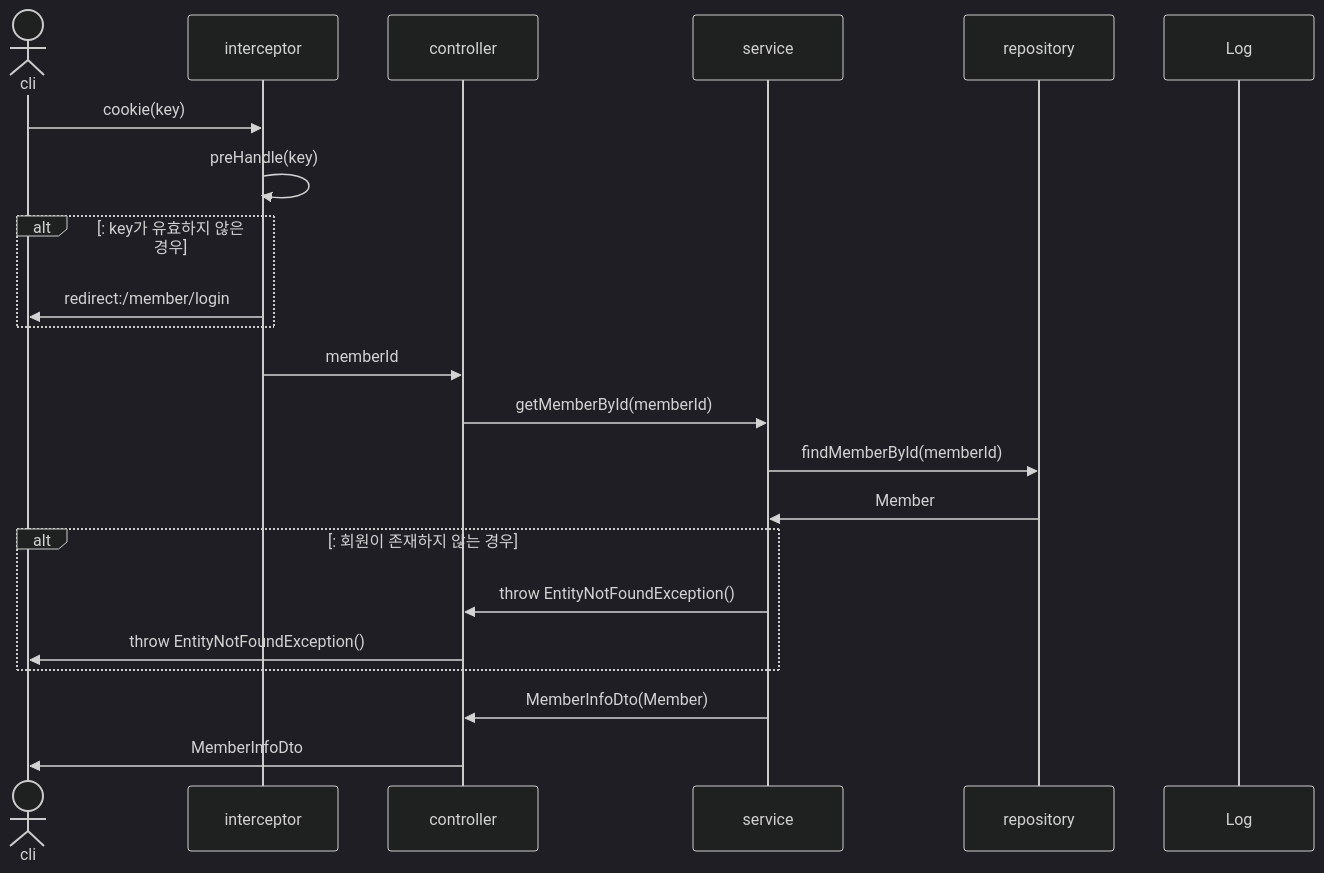
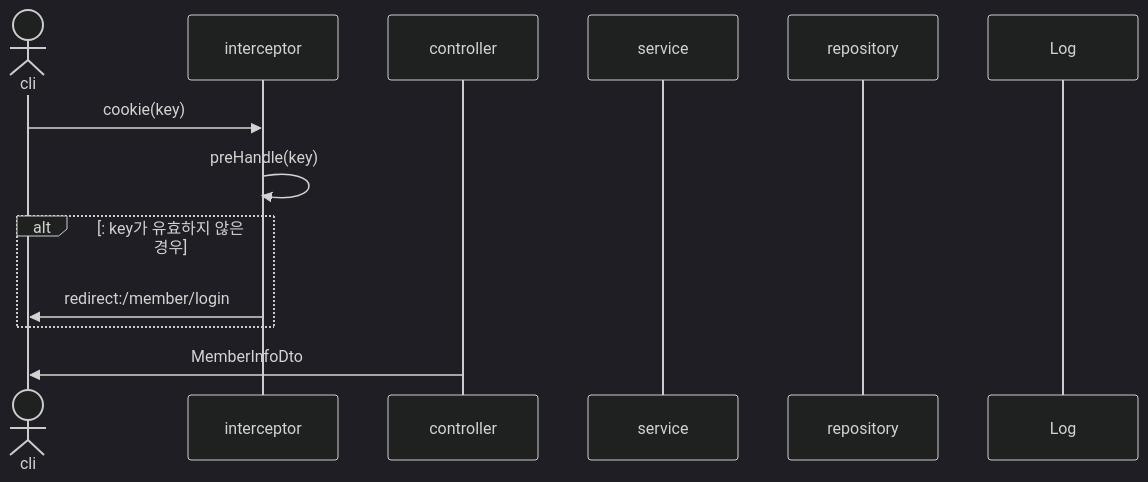
Diagram 12 of 37 in sequence.md (mtak0235/snsX), drawn with Mermaid (dark theme) before and after one commit. The commit also changed other lines of this file and 5 other files, not shown here.

````diff
--- a/sequence.md
+++ b/sequence.md
@@ -334,25 +308,16 @@
 ```mermaid
 sequenceDiagram
 actor cli
 participant i as interceptor
 participant c as controller
 participant s as service
 participant r as repository
 participant l as Log
 
 cli->>i: cookie(key)
 i->>i: preHandle(key)
 alt: key가 유효하지 않은 경우
 i->>cli: redirect:/member/login
 end
-i->>c: memberId
-c->>s: getMemberById(memberId)
-s->>r: findMemberById(memberId)
-r->>s: Member
-alt: 회원이 존재하지 않는 경우
-s->>c: throw EntityNotFoundException()
-c->>cli: throw EntityNotFoundException()
-end
-s->>c: MemberInfoDto(Member)
 c->>cli: MemberInfoDto
 ```
````
